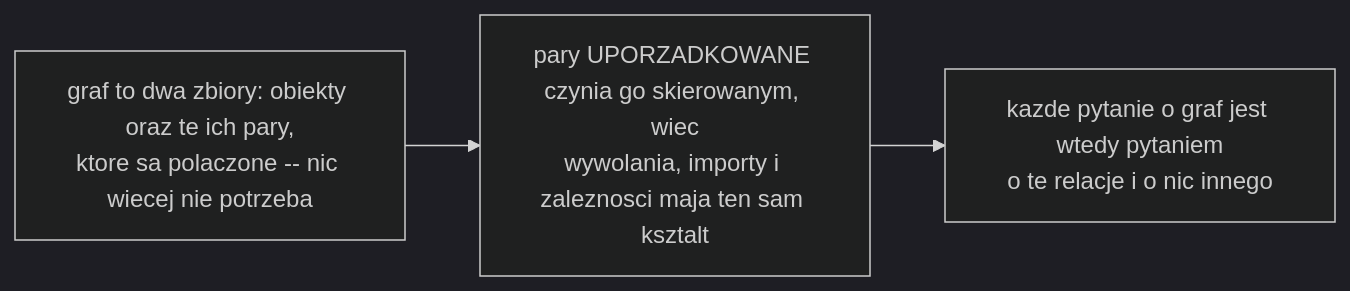
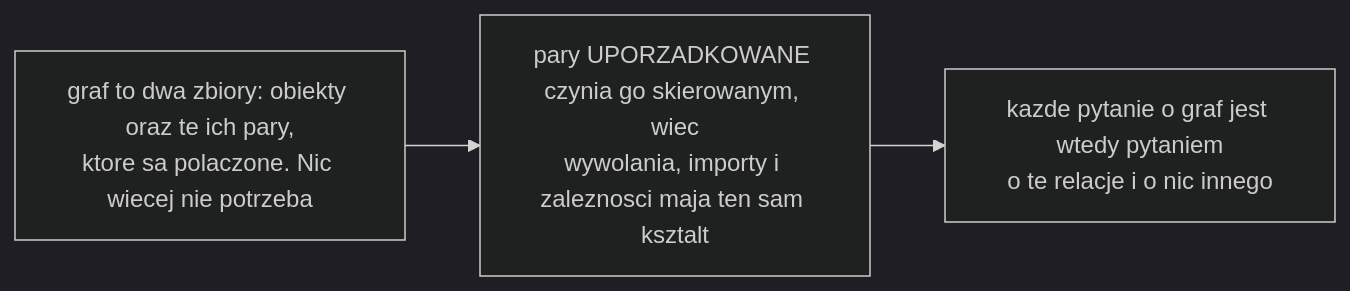
The diagram in figures/mermaid/pl/p13-set-plus-relation.mmd (konradcinkusz/math-for-ai-engineers), drawn with Mermaid (dark theme) before and after one commit. The commit also changed 15 other files, not shown here.

```diff
--- a/figures/mermaid/pl/p13-set-plus-relation.mmd
+++ b/figures/mermaid/pl/p13-set-plus-relation.mmd
@@ -1,4 +1,4 @@
 flowchart LR
-  A["graf to dwa zbiory: obiekty oraz te ich pary,<br/>ktore sa polaczone -- nic wiecej nie potrzeba"]
+  A["graf to dwa zbiory: obiekty oraz te ich pary,<br/>ktore sa polaczone. Nic wiecej nie potrzeba"]
   A --> B["pary UPORZADKOWANE czynia go skierowanym, wiec<br/>wywolania, importy i zaleznosci maja ten sam ksztalt"]
   B --> C["kazde pytanie o graf jest wtedy pytaniem<br/>o te relacje i o nic innego"]
```
